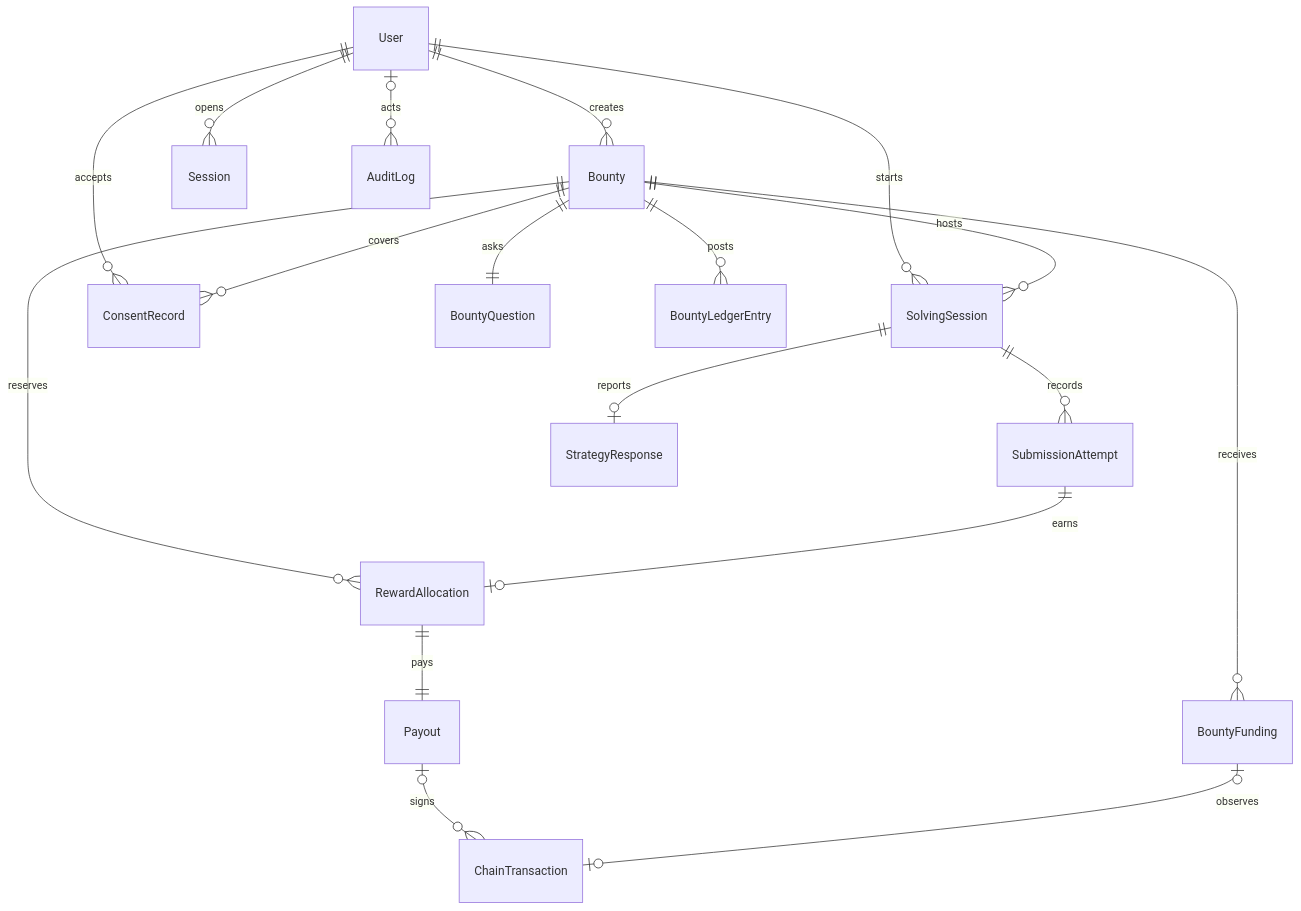
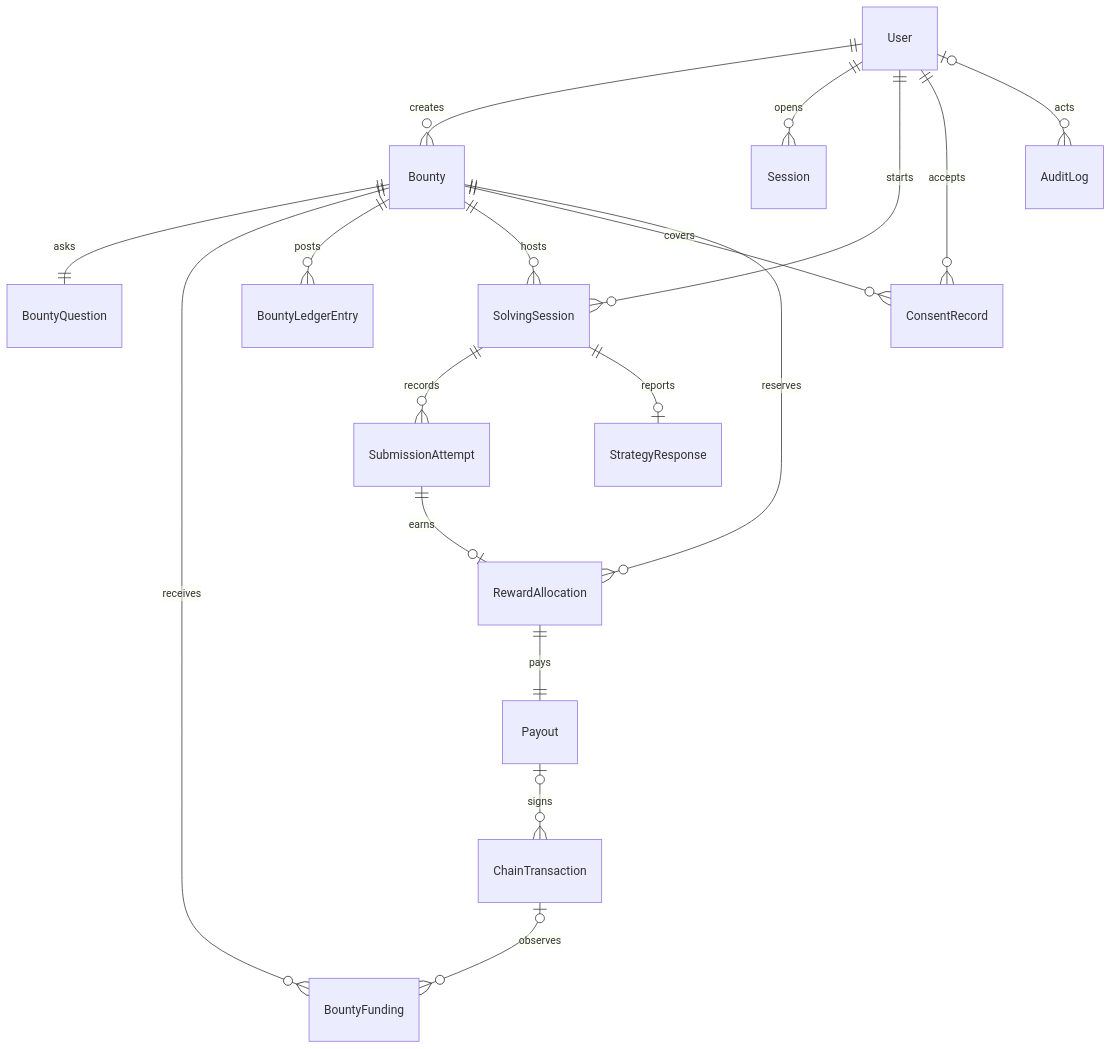
One commit to ShenSandaru/SolversBounty changed the diagram in docs/architecture/DATABASE_DESIGN.md. Above: the diagram before and after it, drawn with Mermaid. The commit also changed other lines of this file and 4 other files, not shown here.

Commit message:
chore: update Prisma schema to include FundingPurpose enum and unique constraints for BountyFunding, reflecting changes in funding obligations and session management; revise documentation to clarify schema status and migration details

````diff
--- a/docs/architecture/DATABASE_DESIGN.md
+++ b/docs/architecture/DATABASE_DESIGN.md
@@ -29,20 +29,20 @@
 ```mermaid
 erDiagram
   User ||--o{ Bounty : creates
   User ||--o{ Session : opens
   User ||--o{ SolvingSession : starts
   User ||--o{ ConsentRecord : accepts
   Bounty ||--|| BountyQuestion : asks
   Bounty ||--o{ BountyFunding : receives
   Bounty ||--o{ BountyLedgerEntry : posts
   Bounty ||--o{ SolvingSession : hosts
   Bounty ||--o{ ConsentRecord : covers
   Bounty ||--o{ RewardAllocation : reserves
   SolvingSession ||--o{ SubmissionAttempt : records
   SolvingSession ||--o| StrategyResponse : reports
   SubmissionAttempt ||--o| RewardAllocation : earns
   RewardAllocation ||--|| Payout : pays
   Payout |o--o{ ChainTransaction : signs
-  BountyFunding |o--o| ChainTransaction : observes
+  ChainTransaction |o--o{ BountyFunding : observes
   User |o--o{ AuditLog : acts
 ```
````
